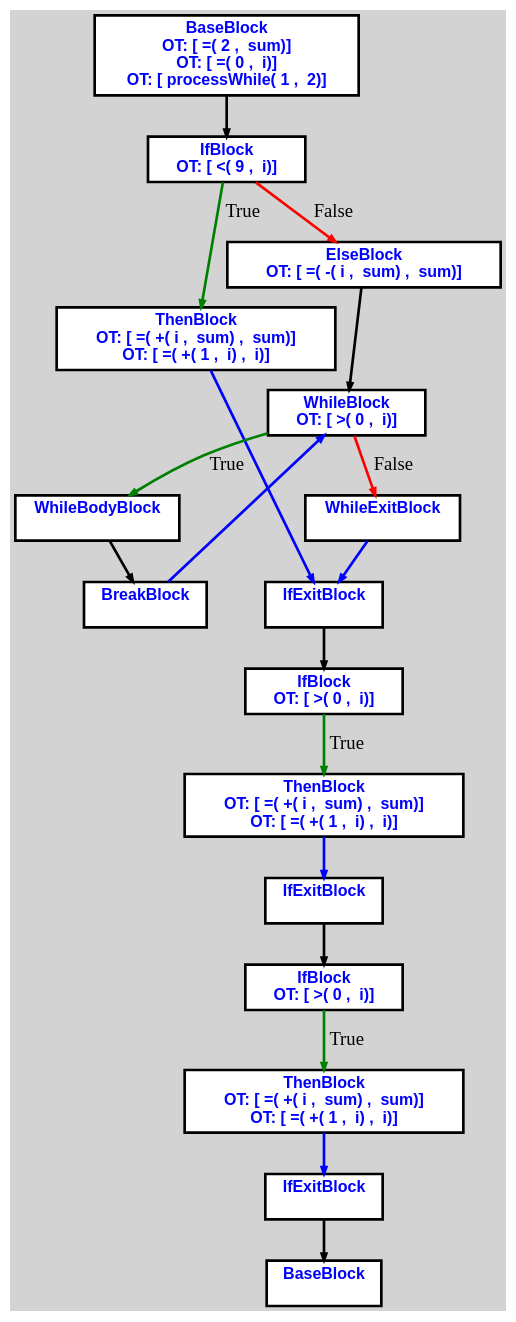
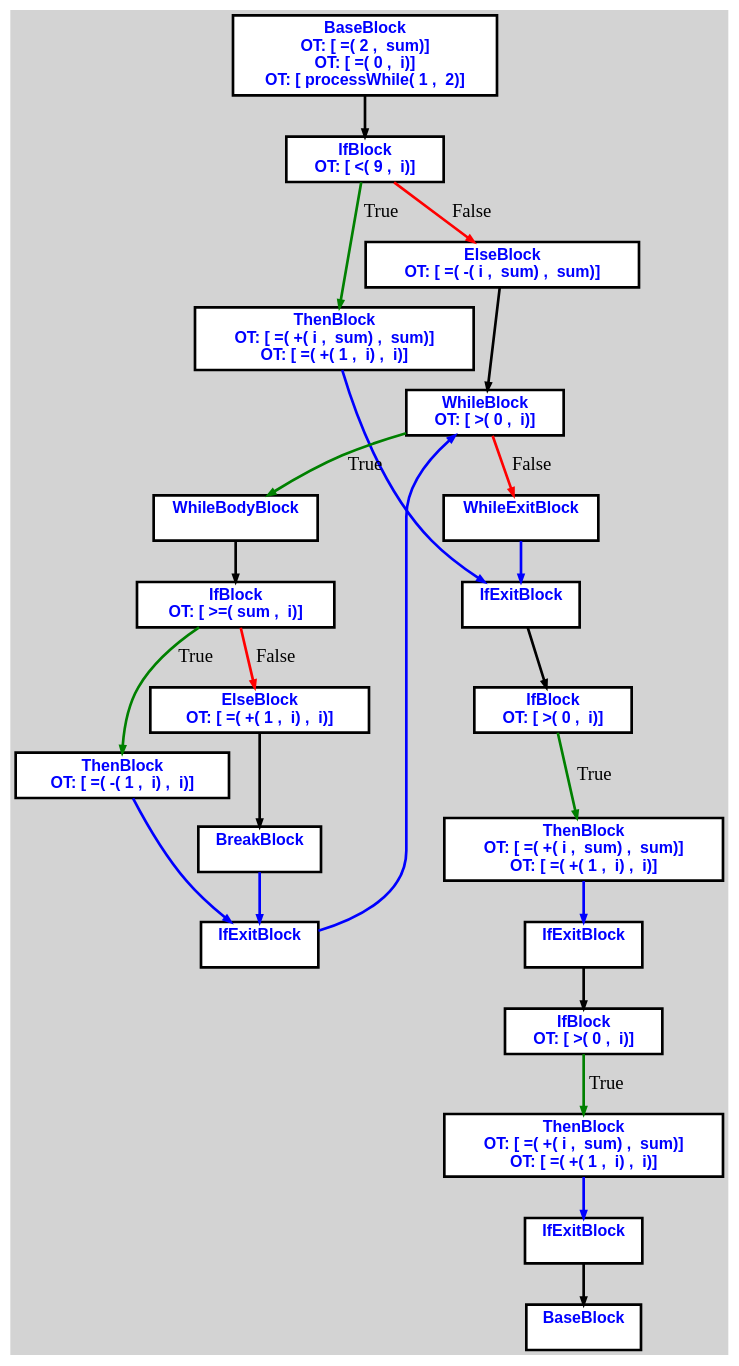
One commit to aveen007/CountingMonkeys changed the diagram in cpoCompilerWin/input.txt.processAnotherArray.dot. Above: the diagram before and after it, drawn with Graphviz. The commit also changed 14 other files, not shown here.

```diff
--- a/cpoCompilerWin/input.txt.processAnotherArray.dot
+++ b/cpoCompilerWin/input.txt.processAnotherArray.dot
@@ -1,54 +1,66 @@
 digraph G {
 ordering=out;
 ranksep=.4;
 bgcolor="lightgrey";  node [shape=box, fixedsize=false, fontsize=12, fontname="Helvetica-bold", fontcolor="blue"
 width=.25, height=.25, color="black", fillcolor="white", style="filled, solid, bold"];
 
-edge [arrowsize=.5, color="black", style="bold"]    n0000123009FAA590 [label="BaseBlock\n OT: [ =( 2 ,  sum)]
+edge [arrowsize=.5, color="black", style="bold"]    n000011DD6232ABD0 [label="BaseBlock\n OT: [ =( 2 ,  sum)]
 OT: [ =( 0 ,  i)]
 OT: [ processWhile( 1 ,  2)]
 "]
-    n0000123009FAA690 [label="IfBlock\n OT: [ <( 9 ,  i)]
+    n000011DD6232ACD0 [label="IfBlock\n OT: [ <( 9 ,  i)]
 "]
-    n0000123009FAA590 -> n0000123009FAA690
-    n0000123009FAA690 -> n0000123009FAA6D0 [label="True" color="green"]
-    n0000123009FAA6D0 [label="ThenBlock\n OT: [ =( +( i ,  sum) ,  sum)]
+    n000011DD6232ABD0 -> n000011DD6232ACD0
+    n000011DD6232ACD0 -> n000011DD6232AD10 [label="True" color="green"]
+    n000011DD6232AD10 [label="ThenBlock\n OT: [ =( +( i ,  sum) ,  sum)]
 OT: [ =( +( 1 ,  i) ,  i)]
 "]
-    n0000123009FAA690 -> n0000123009FAA710 [label="False" color="red"]
-    n0000123009FAA710 [label="ElseBlock\n OT: [ =( -( i ,  sum) ,  sum)]
+    n000011DD6232ACD0 -> n000011DD6232AD50 [label="False" color="red"]
+    n000011DD6232AD50 [label="ElseBlock\n OT: [ =( -( i ,  sum) ,  sum)]
 "]
-    n0000123009FAA750 [label="WhileBlock\n OT: [ >( 0 ,  i)]
+    n000011DD6232AD90 [label="WhileBlock\n OT: [ >( 0 ,  i)]
 "]
-    n0000123009FAA710 -> n0000123009FAA750
-	   n0000123009FAA750 -> n0000123009FAA790 [ label = "True" color="green"]
-    n0000123009FAA790 [label="WhileBodyBlock\n "]
-    n0000123009FAA7D0 [label="BreakBlock\n "]
-    n0000123009FAA790 -> n0000123009FAA7D0
-    n0000123009FAA7D0 -> n0000123009FAA750 [ color="blue"]
-	   n0000123009FAA750 -> n0000123009FAA910 [ label = "False" color="red"]
-    n0000123009FAA910 [label="WhileExitBlock\n "]
-    n0000123009FAA910 -> n0000123009FAA950 [color="blue"]
-    n0000123009FAA6D0 -> n0000123009FAA950 [ color="blue"]
-    n0000123009FAA950 [label="IfExitBlock\n "]
-    n0000123009FAA990 [label="IfBlock\n OT: [ >( 0 ,  i)]
+    n000011DD6232AD50 -> n000011DD6232AD90
+	   n000011DD6232AD90 -> n000011DD6232ADD0 [ label = "True" color="green"]
+    n000011DD6232ADD0 [label="WhileBodyBlock\n "]
+    n000011DD6232AE10 [label="IfBlock\n OT: [ >=( sum ,  i)]
 "]
-    n0000123009FAA950 -> n0000123009FAA990
-    n0000123009FAA990 -> n0000123009FAA9D0 [label="True" color="green"]
-    n0000123009FAA9D0 [label="ThenBlock\n OT: [ =( +( i ,  sum) ,  sum)]
+    n000011DD6232ADD0 -> n000011DD6232AE10
+    n000011DD6232AE10 -> n000011DD6232AE50 [label="True" color="green"]
+    n000011DD6232AE50 [label="ThenBlock\n OT: [ =( -( 1 ,  i) ,  i)]
+"]
+    n000011DD6232AE10 -> n000011DD6232AE90 [label="False" color="red"]
+    n000011DD6232AE90 [label="ElseBlock\n OT: [ =( +( 1 ,  i) ,  i)]
+"]
+    n000011DD6232AED0 [label="BreakBlock\n "]
+    n000011DD6232AE90 -> n000011DD6232AED0
+    n000011DD6232AED0 -> n000011DD6232AF10 [color="blue"]
+    n000011DD6232AE50 -> n000011DD6232AF10 [ color="blue"]
+    n000011DD6232AF10 [label="IfExitBlock\n "]
+    n000011DD6232AF10 -> n000011DD6232AD90 [ color="blue"]
+	   n000011DD6232AD90 -> n000011DD6232AF50 [ label = "False" color="red"]
+    n000011DD6232AF50 [label="WhileExitBlock\n "]
+    n000011DD6232AF50 -> n000011DD6232AF90 [color="blue"]
+    n000011DD6232AD10 -> n000011DD6232AF90 [ color="blue"]
+    n000011DD6232AF90 [label="IfExitBlock\n "]
+    n000011DD6232AFD0 [label="IfBlock\n OT: [ >( 0 ,  i)]
+"]
+    n000011DD6232AF90 -> n000011DD6232AFD0
+    n000011DD6232AFD0 -> n000011DD6232B010 [label="True" color="green"]
+    n000011DD6232B010 [label="ThenBlock\n OT: [ =( +( i ,  sum) ,  sum)]
 OT: [ =( +( 1 ,  i) ,  i)]
 "]
-    n0000123009FAA9D0 -> n0000123009FAAA10 [ color="blue"]
-    n0000123009FAAA10 [label="IfExitBlock\n "]
-    n0000123009FAAA50 [label="IfBlock\n OT: [ >( 0 ,  i)]
+    n000011DD6232B010 -> n000011DD6232B050 [ color="blue"]
+    n000011DD6232B050 [label="IfExitBlock\n "]
+    n000011DD6232B090 [label="IfBlock\n OT: [ >( 0 ,  i)]
 "]
-    n0000123009FAAA10 -> n0000123009FAAA50
-    n0000123009FAAA50 -> n0000123009FAAA90 [label="True" color="green"]
-    n0000123009FAAA90 [label="ThenBlock\n OT: [ =( +( i ,  sum) ,  sum)]
+    n000011DD6232B050 -> n000011DD6232B090
+    n000011DD6232B090 -> n000011DD6232B0D0 [label="True" color="green"]
+    n000011DD6232B0D0 [label="ThenBlock\n OT: [ =( +( i ,  sum) ,  sum)]
 OT: [ =( +( 1 ,  i) ,  i)]
 "]
-    n0000123009FAAA90 -> n0000123009FAAAD0 [ color="blue"]
-    n0000123009FAAAD0 [label="IfExitBlock\n "]
-    n0000123009FAAB10 [label="BaseBlock\n "]
-    n0000123009FAAAD0 -> n0000123009FAAB10
+    n000011DD6232B0D0 -> n000011DD6232B110 [ color="blue"]
+    n000011DD6232B110 [label="IfExitBlock\n "]
+    n000011DD6232B150 [label="BaseBlock\n "]
+    n000011DD6232B110 -> n000011DD6232B150
 }
```
